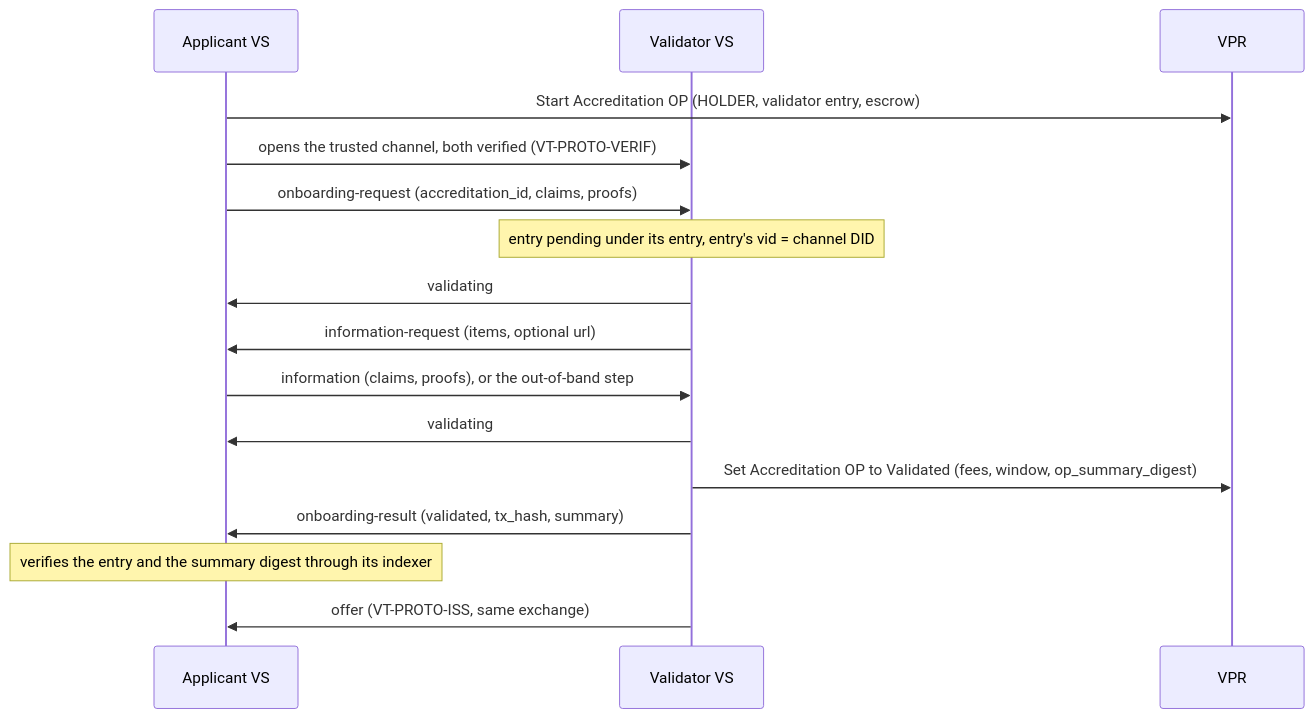
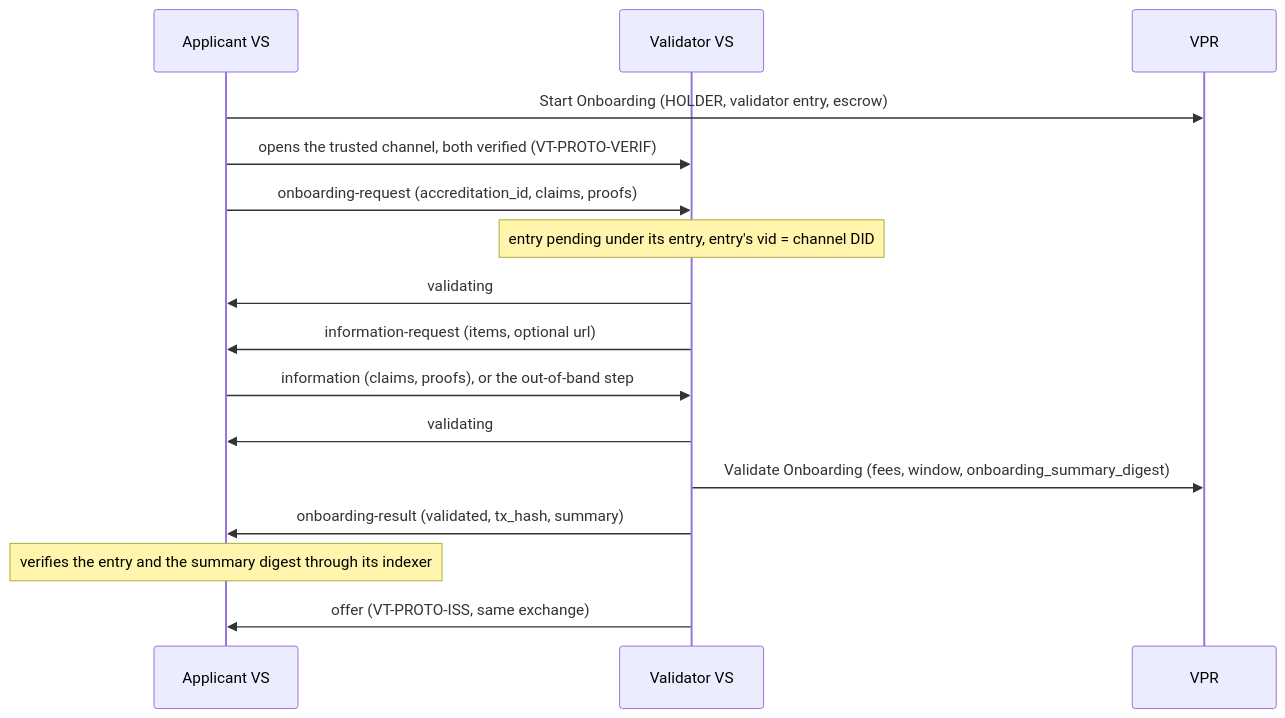
The eighth of 16 diagrams in spec.md (verana-labs/verifiable-trust-spec), drawn with Mermaid before and after one commit. The commit also changed other lines of this file, not shown here.

Commit message:
VPR v5 renames followed: Start, Renew, Validate Onboarding and Withdraw Onboarding Request (names and links), onboarding_summary_digest, onboarding_state, *_accreditation_validity_period

````diff
--- a/spec.md
+++ b/spec.md
@@ -2171,18 +2171,18 @@
 ```mermaid
 sequenceDiagram
     participant A as Applicant VS
     participant V as Validator VS
     participant VPR as VPR
-    A->>VPR: Start Accreditation OP (HOLDER, validator entry, escrow)
+    A->>VPR: Start Onboarding (HOLDER, validator entry, escrow)
     A->>V: opens the trusted channel, both verified (VT-PROTO-VERIF)
     A->>V: onboarding-request (accreditation_id, claims, proofs)
     Note over V: entry pending under its entry, entry's vid = channel DID
     V->>A: validating
     V->>A: information-request (items, optional url)
     A->>V: information (claims, proofs), or the out-of-band step
     V->>A: validating
-    V->>VPR: Set Accreditation OP to Validated (fees, window, op_summary_digest)
+    V->>VPR: Validate Onboarding (fees, window, onboarding_summary_digest)
     V->>A: onboarding-result (validated, tx_hash, summary)
     Note over A: verifies the entry and the summary digest through its indexer
     V->>A: offer (VT-PROTO-ISS, same exchange)
 ```
````
